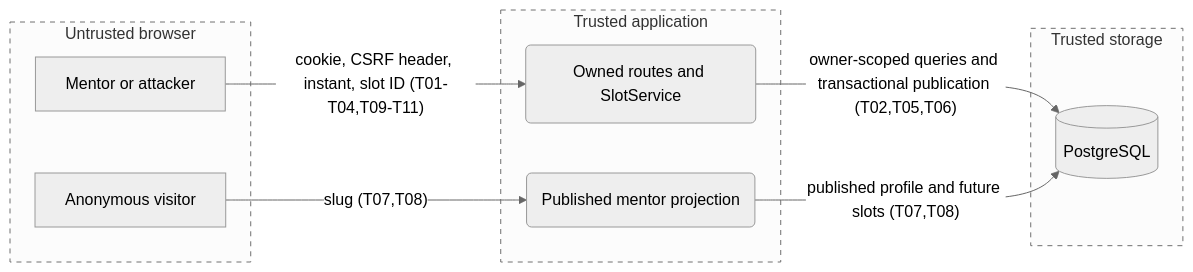
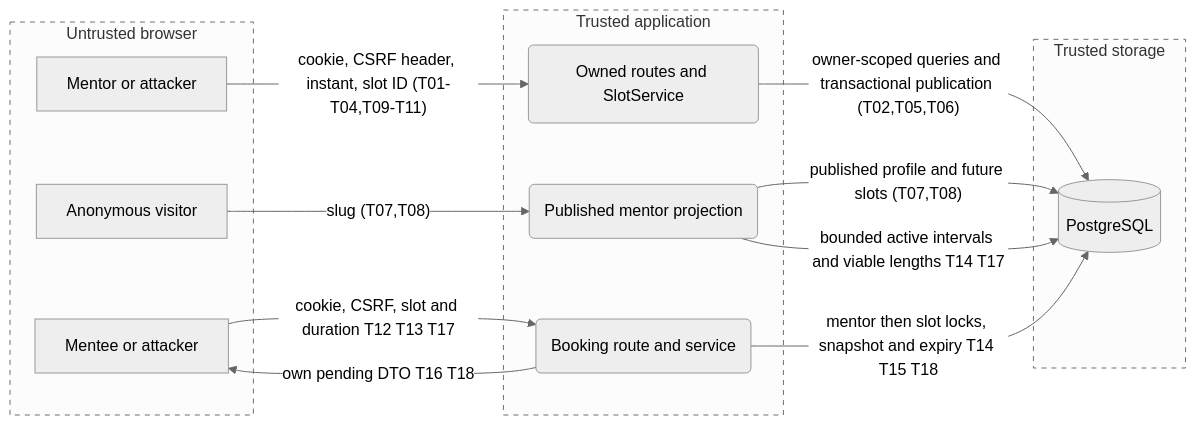
The diagram in docs/security/threat-model.mmd (warnaa/aitl-mentio), drawn with Mermaid (neutral theme) before and after one commit. The commit also changed other lines of this file and 147 other files, not shown here.

```diff
--- a/docs/security/threat-model.mmd
+++ b/docs/security/threat-model.mmd
@@ -1,18 +1,24 @@
 flowchart LR
   subgraph internet [Untrusted browser]
     Mentor[Mentor or attacker]
     Visitor[Anonymous visitor]
+    Mentee[Mentee or attacker]
   end
   subgraph app [Trusted application]
     API(Owned routes and SlotService)
     Public(Published mentor projection)
+    Booking(Booking route and service)
   end
   subgraph data [Trusted storage]
     DB[(PostgreSQL)]
   end
   Mentor -->|"cookie, CSRF header, instant, slot ID (T01-T04,T09-T11)"| API
   API -->|"owner-scoped queries and transactional publication (T02,T05,T06)"| DB
   Visitor -->|"slug (T07,T08)"| Public
   Public -->|"published profile and future slots (T07,T08)"| DB
+  Mentee -->|"cookie, CSRF, slot and duration T12 T13 T17"| Booking
+  Booking -->|"mentor then slot locks, snapshot and expiry T14 T15 T18"| DB
+  Booking -->|"own pending DTO T16 T18"| Mentee
+  Public -->|"bounded active intervals and viable lengths T14 T17"| DB
   classDef boundary stroke-dasharray: 5 5
   class internet,app,data boundary
```
